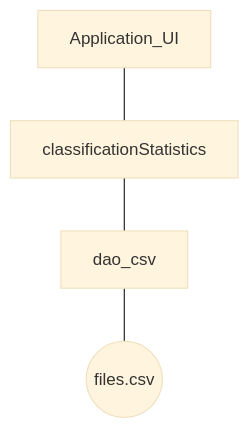
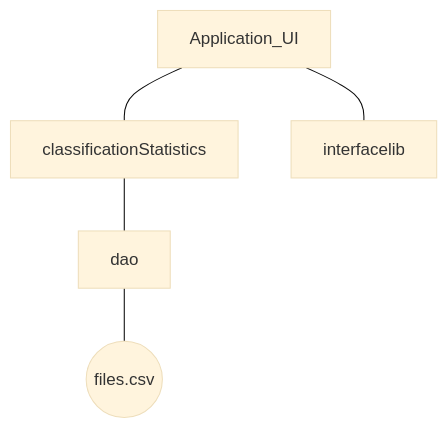
One commit to Twan0u/Henallux_notes changed the third of 3 diagrams in TND/notes/Projet.md. Above: the diagram before and after it, drawn with Mermaid (base theme). The commit also changed other lines of this file and 10 other files, not shown here.

````diff
--- a/TND/notes/Projet.md
+++ b/TND/notes/Projet.md
@@ -74,4 +88,6 @@
 ```mermaid
 graph TD;
-    Application_UI---classificationStatistics---dao_csv---files((files.csv));
+    Application_UI---classificationStatistics---dao---files((files.csv));
+    Application_UI---interfacelib
+    
 ```
````
